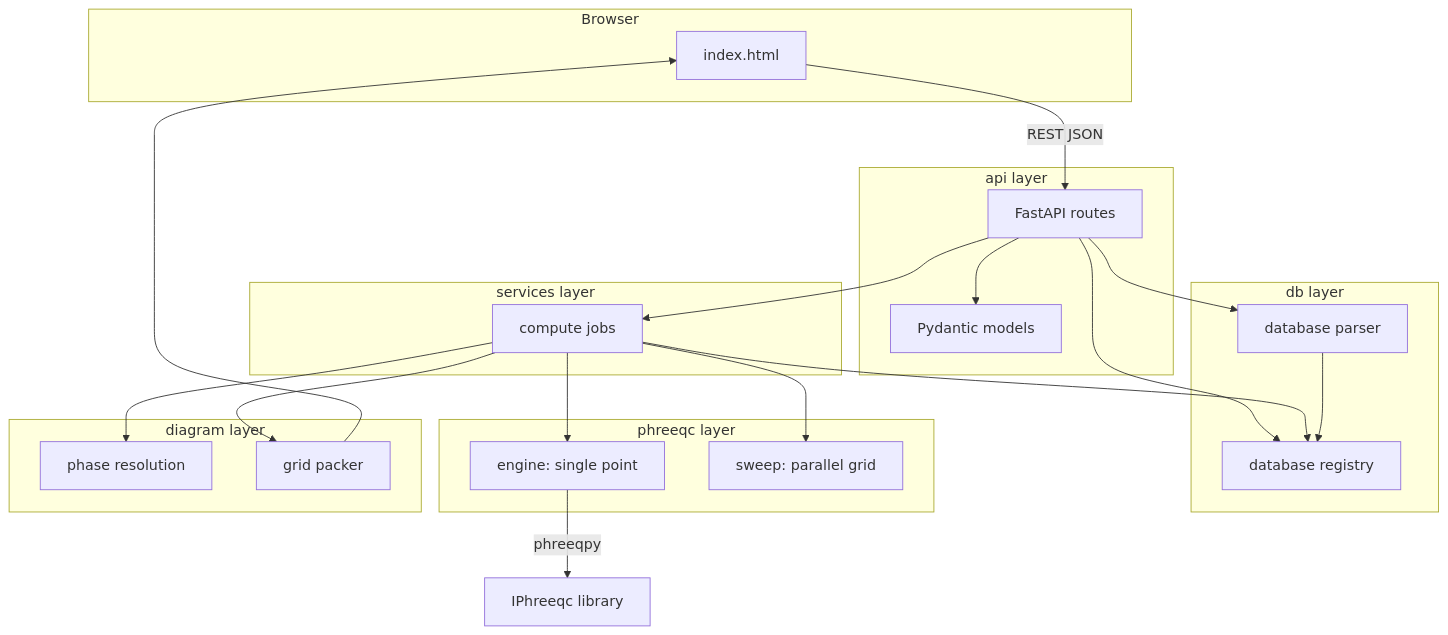
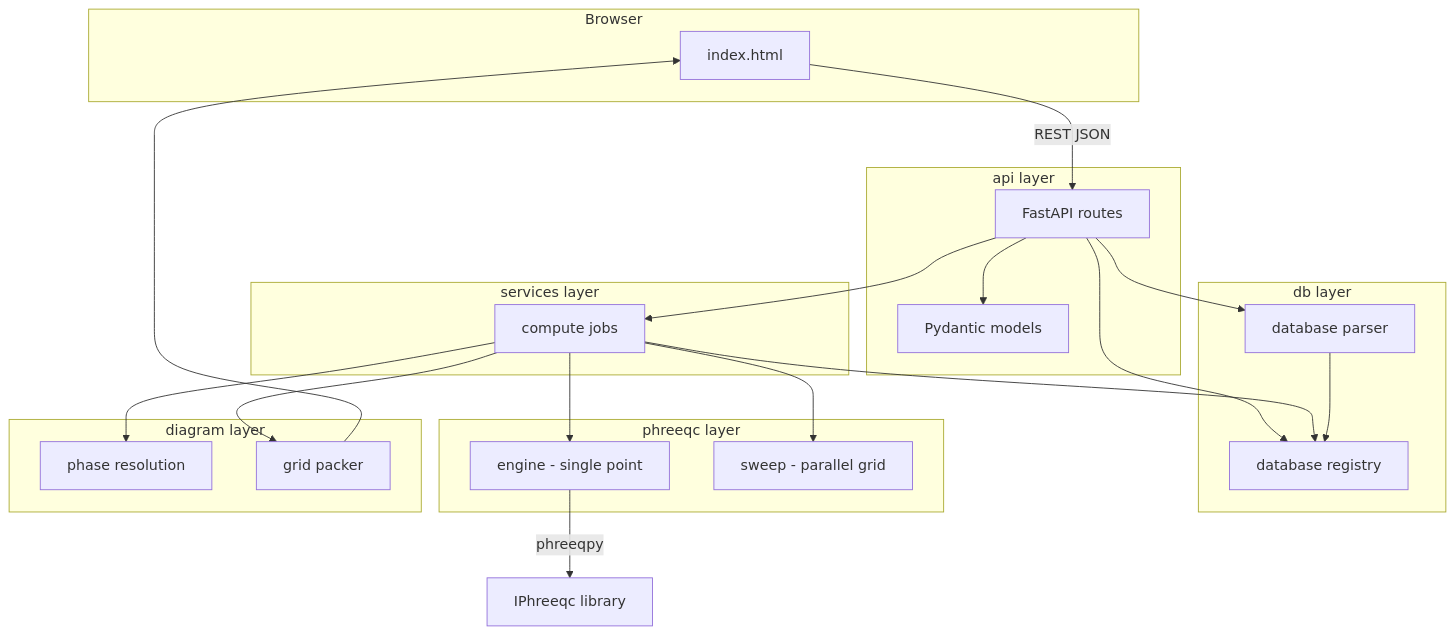
One commit to Matteo-Loche/Phaser changed the first of 2 diagrams in README.md. Above: the diagram before and after it, drawn with Mermaid. The commit also changed other lines of this file, not shown here.

````diff
--- a/README.md
+++ b/README.md
@@ -71,44 +75,44 @@
 ```mermaid
 flowchart TB
     subgraph client [Browser]
         UI[index.html]
     end
 
     subgraph api [api layer]
         Routes[FastAPI routes]
         Models[Pydantic models]
     end
 
     subgraph services [services layer]
         Compute[compute jobs]
     end
 
     subgraph db_layer [db layer]
         Registry[database registry]
         Parser[database parser]
     end
 
     subgraph solver [phreeqc layer]
-        Engine[engine: single point]
-        Sweep[sweep: parallel grid]
+        Engine["engine - single point"]
+        Sweep["sweep - parallel grid"]
     end
 
     subgraph diagram_layer [diagram layer]
         Phases[phase resolution]
         Packer[grid packer]
     end
 
     UI -->|REST JSON| Routes
     Routes --> Models
     Routes --> Compute
     Routes --> Registry
     Routes --> Parser
     Compute --> Registry
     Compute --> Phases
     Compute --> Engine
     Compute --> Sweep
     Compute --> Packer
     Parser --> Registry
     Engine -->|phreeqpy| IPhreeqc[IPhreeqc library]
     Packer --> UI
 ```
````
